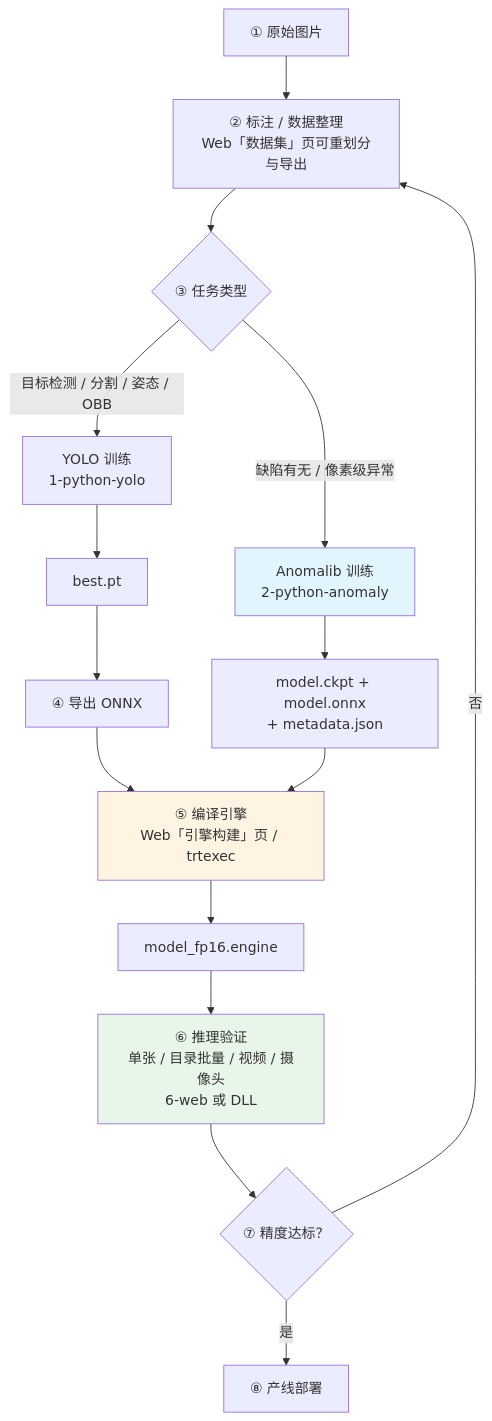
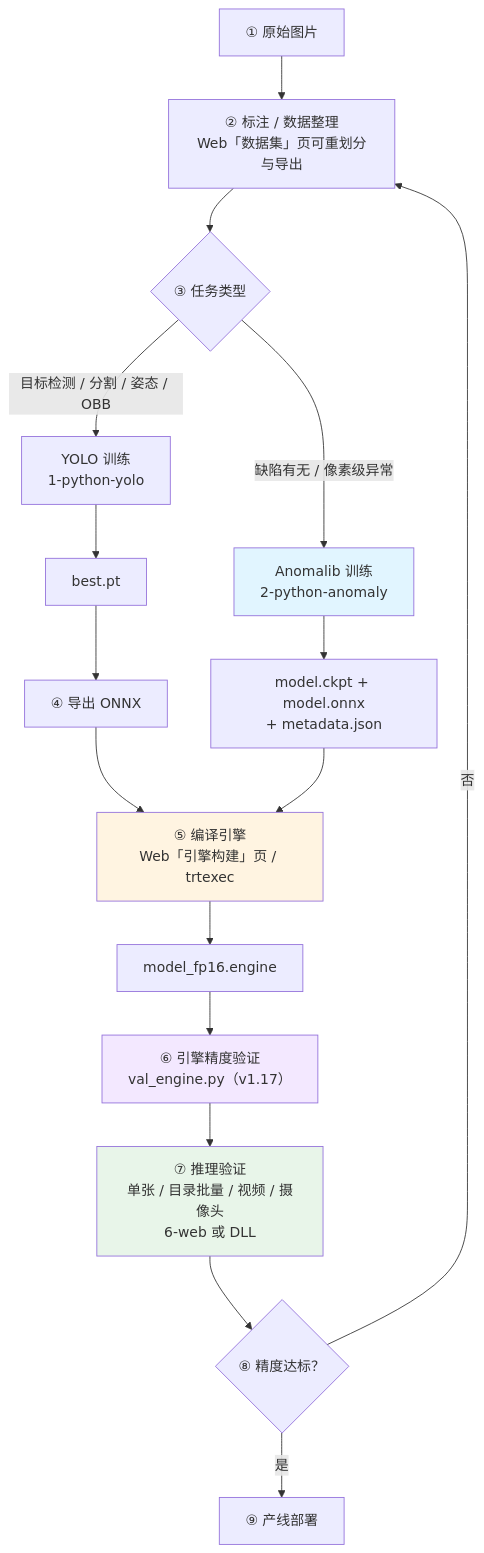
Before and after one commit to jusitfy0913/dp-tool: the diagram in docs/WORKFLOW_GUIDE.md, drawn with Mermaid. The commit also changed other lines of this file and 20 other files, not shown here.

````diff
--- a/docs/WORKFLOW_GUIDE.md
+++ b/docs/WORKFLOW_GUIDE.md
@@ -11,25 +11,27 @@
 ```mermaid
 flowchart TD
     A["① 原始图片"] --> B["② 标注 / 数据整理<br/>Web「数据集」页可重划分与导出"]
     B --> C{"③ 任务类型"}
 
     C -->|"目标检测 / 分割 / 姿态 / OBB"| D["YOLO 训练<br/>1-python-yolo"]
     C -->|"缺陷有无 / 像素级异常"| E["Anomalib 训练<br/>2-python-anomaly"]
 
     D --> F["best.pt"]
     E --> G["model.ckpt + model.onnx<br/>+ metadata.json"]
 
     F --> H["④ 导出 ONNX"]
     H --> I["⑤ 编译引擎<br/>Web「引擎构建」页 / trtexec"]
     G --> I
     I --> J["model_fp16.engine"]
 
-    J --> K["⑥ 推理验证<br/>单张 / 目录批量 / 视频 / 摄像头<br/>6-web 或 DLL"]
-    K --> L{"⑦ 精度达标？"}
+    J --> V["⑥ 引擎精度验证<br/>val_engine.py（v1.17）"]
+    V --> K["⑦ 推理验证<br/>单张 / 目录批量 / 视频 / 摄像头<br/>6-web 或 DLL"]
+    K --> L{"⑧ 精度达标？"}
     L -->|否| B
-    L -->|是| M["⑧ 产线部署"]
+    L -->|是| M["⑨ 产线部署"]
 
     style E fill:#e1f5ff
     style I fill:#fff4e1
+    style V fill:#f3e8ff
     style K fill:#e8f5e9
 ```
````
